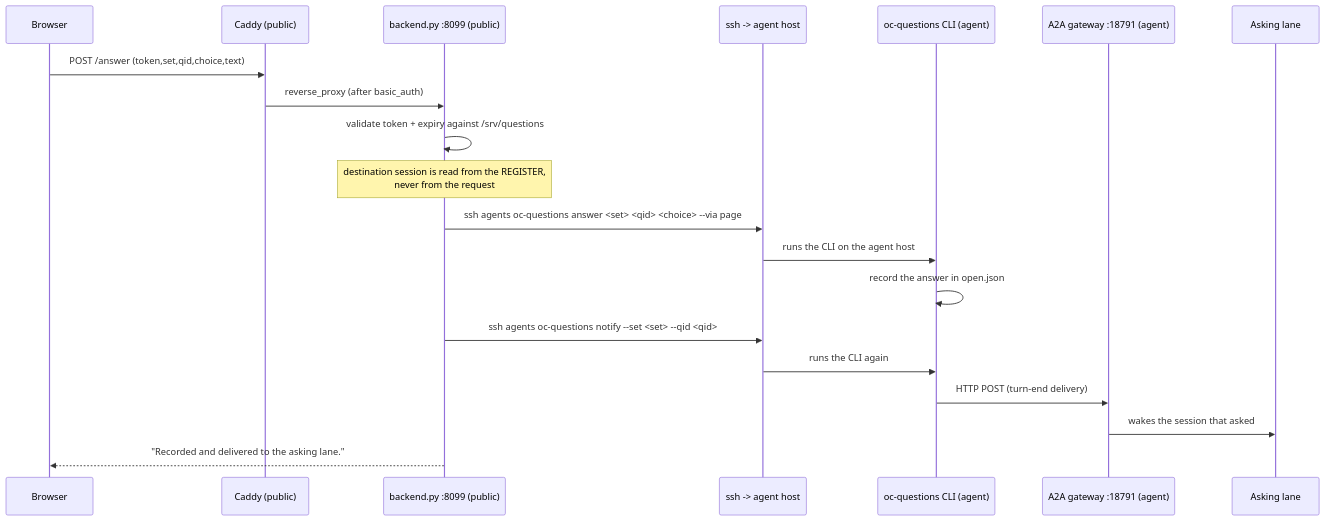
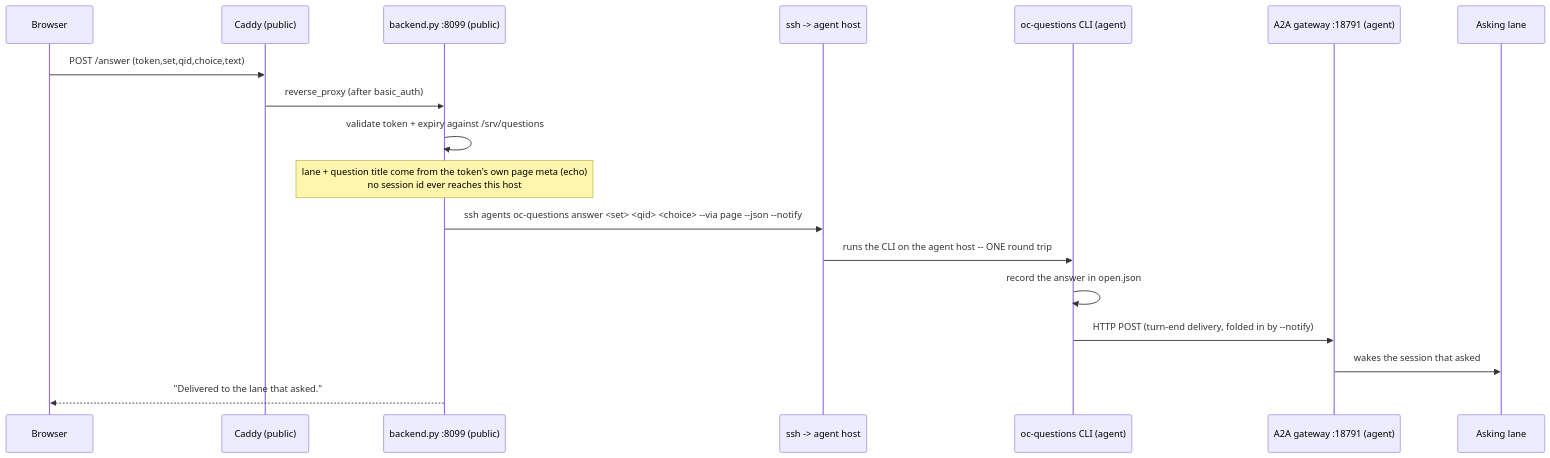
Before and after one commit to leshchenko1979/opencrabs-dev-factory: the second of 2 diagrams in tools/docs/OPEN-QUESTIONS-ARCHITECTURE.md, drawn with Mermaid. The commit also changed other lines of this file and 1 other file, not shown here.

First line of the commit message:
docs(open-questions): the architecture doc describes the shipped shape

````diff
--- a/tools/docs/OPEN-QUESTIONS-ARCHITECTURE.md
+++ b/tools/docs/OPEN-QUESTIONS-ARCHITECTURE.md
@@ -95,23 +100,21 @@
 ```mermaid
 sequenceDiagram
   participant B as Browser
   participant C as Caddy (public)
   participant K as backend.py :8099 (public)
   participant S as ssh -> agent host
   participant Q as oc-questions CLI (agent)
   participant G as A2A gateway :18791 (agent)
   participant L as Asking lane
 
   B->>C: POST /answer (token,set,qid,choice,text)
   C->>K: reverse_proxy (after basic_auth)
   K->>K: validate token + expiry against /srv/questions
-  Note over K: destination session is read from the REGISTER,<br/>never from the request
-  K->>S: ssh agents oc-questions answer <set> <qid> <choice> --via page
-  S->>Q: runs the CLI on the agent host
+  Note over K: lane + question title come from the token's own page meta (echo)<br/>no session id ever reaches this host
+  K->>S: ssh agents oc-questions answer <set> <qid> <choice> --via page --json --notify
+  S->>Q: runs the CLI on the agent host -- ONE round trip
   Q->>Q: record the answer in open.json
-  K->>S: ssh agents oc-questions notify --set <set> --qid <qid>
-  S->>Q: runs the CLI again
-  Q->>G: HTTP POST (turn-end delivery)
+  Q->>G: HTTP POST (turn-end delivery, folded in by --notify)
   G->>L: wakes the session that asked
-  K-->>B: "Recorded and delivered to the asking lane."
+  K-->>B: "Delivered to the lane that asked."
 ```
````
